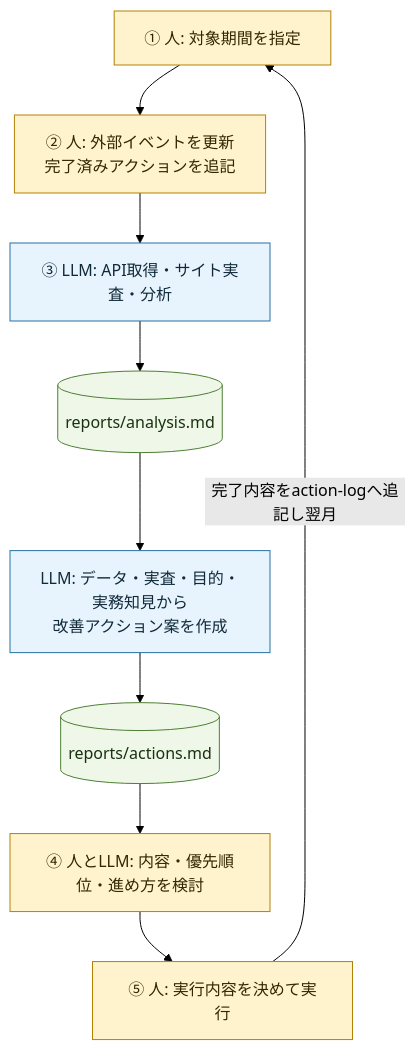
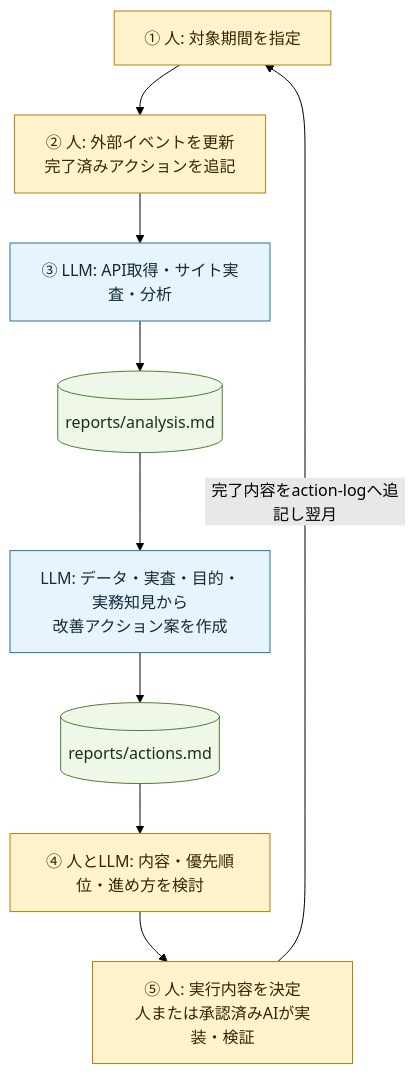
One commit to furukawa3152/hagakureweb_analysis_dashboard changed the first of 2 diagrams in docs/AI_AGENT_ANALYSIS_DESIGN.md. Above: the diagram before and after it, drawn with Mermaid (forest theme). The commit also changed other lines of this file and 11 other files, not shown here.

````diff
--- a/docs/AI_AGENT_ANALYSIS_DESIGN.md
+++ b/docs/AI_AGENT_ANALYSIS_DESIGN.md
@@ -8,18 +8,18 @@
 ```mermaid
 flowchart TB
   classDef human fill:#fff3cd,stroke:#b58105,color:#332701
   classDef agent fill:#e8f4fd,stroke:#2672a3,color:#102a3a
   classDef artifact fill:#eef7e8,stroke:#4f7f36,color:#17320e
 
   H1["① 人: 対象期間を指定"]:::human
   H2["② 人: 外部イベントを更新<br/>完了済みアクションを追記"]:::human
   A1["③ LLM: API取得・サイト実査・分析"]:::agent
   R1[("reports/analysis.md")]:::artifact
   A2["LLM: データ・実査・目的・実務知見から<br/>改善アクション案を作成"]:::agent
   R2[("reports/actions.md")]:::artifact
   H3["④ 人とLLM: 内容・優先順位・進め方を検討"]:::human
-  H4["⑤ 人: 実行内容を決めて実行"]:::human
+  H4["⑤ 人: 実行内容を決定<br/>人または承認済みAIが実装・検証"]:::human
 
   H1 --> H2 --> A1 --> R1 --> A2 --> R2 --> H3 --> H4
   H4 -->|"完了内容をaction-logへ追記し翌月"| H1
 ```
````
